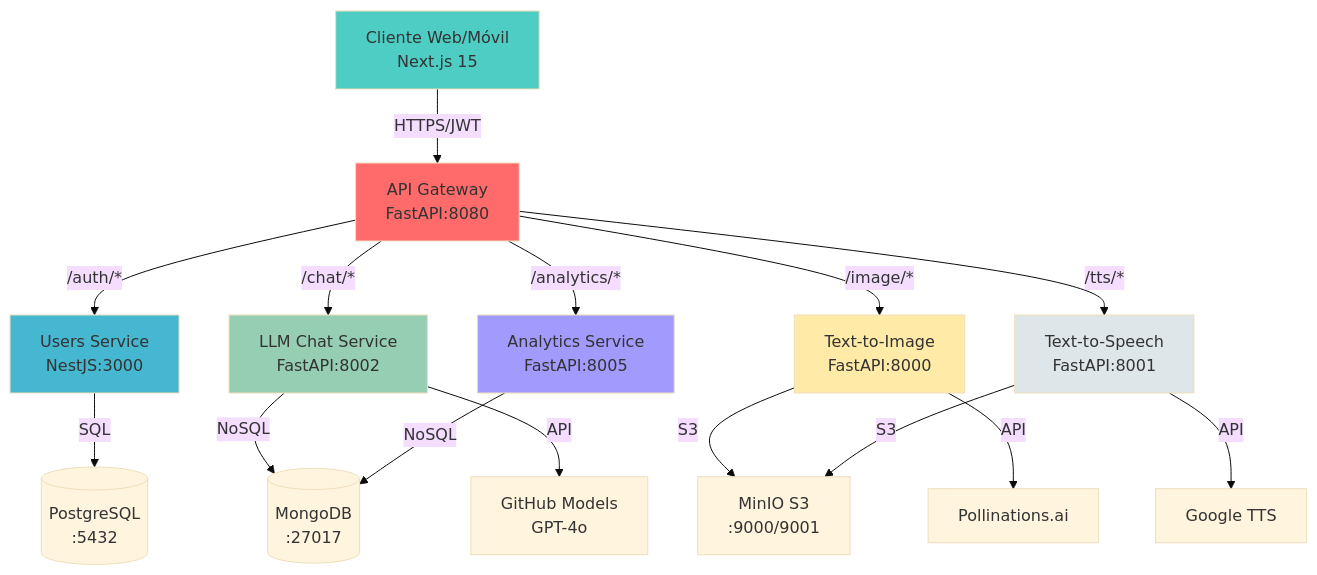
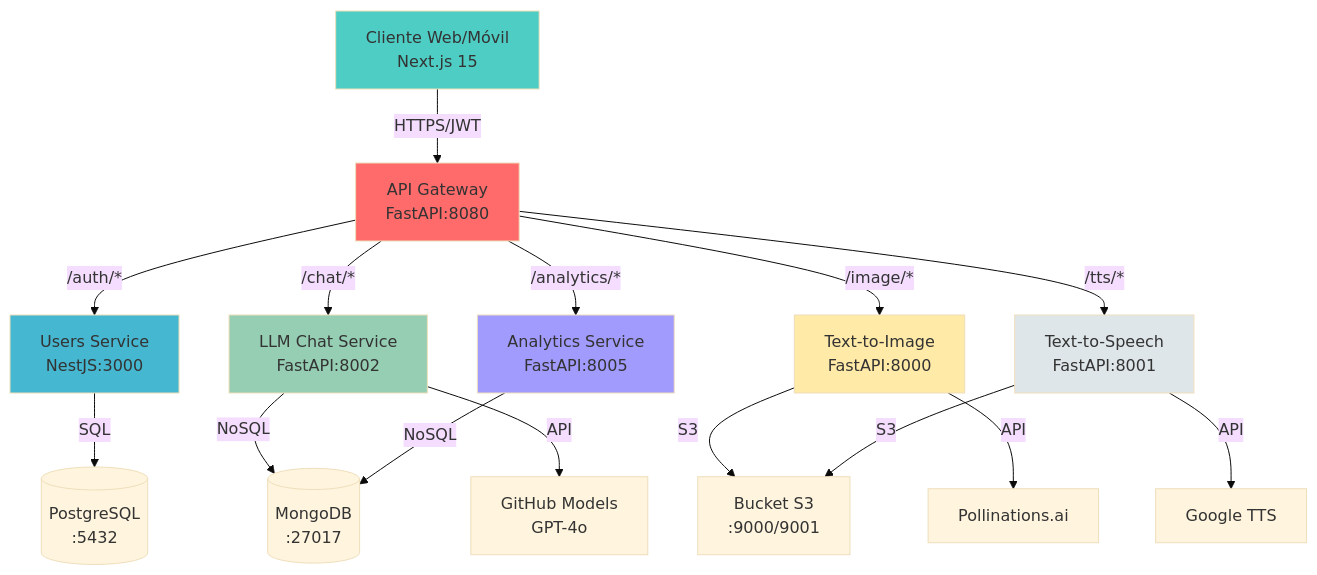
Before and after one commit to marcosotomac/proyecto-cloud: the diagram in README.md, drawn with Mermaid (base theme).

Commit message:
Update S3 references in README.md

````diff
--- a/README.md
+++ b/README.md
@@ -49,32 +49,32 @@
 ```mermaid
 graph TB
     Client[Cliente Web/Móvil<br/>Next.js 15]
     Gateway[API Gateway<br/>FastAPI:8080]
 
     Client -->|HTTPS/JWT| Gateway
 
     Gateway -->|/auth/*| Users[Users Service<br/>NestJS:3000]
     Gateway -->|/chat/*| LLM[LLM Chat Service<br/>FastAPI:8002]
     Gateway -->|/image/*| Image[Text-to-Image<br/>FastAPI:8000]
     Gateway -->|/tts/*| Speech[Text-to-Speech<br/>FastAPI:8001]
     Gateway -->|/analytics/*| Analytics[Analytics Service<br/>FastAPI:8005]
 
     Users -->|SQL| PG[(PostgreSQL<br/>:5432)]
     LLM -->|NoSQL| Mongo[(MongoDB<br/>:27017)]
     Analytics -->|NoSQL| Mongo
 
-    Image -->|S3| MinIO[MinIO S3<br/>:9000/9001]
-    Speech -->|S3| MinIO
+    Image -->|S3| Bucket[Bucket S3<br/>:9000/9001]
+    Speech -->|S3| Bucket
 
     LLM -->|API| GitHub[GitHub Models<br/>GPT-4o]
     Image -->|API| Poll[Pollinations.ai]
     Speech -->|API| GTTS[Google TTS]
 
     style Gateway fill:#ff6b6b
     style Client fill:#4ecdc4
     style Users fill:#45b7d1
     style LLM fill:#96ceb4
     style Image fill:#ffeaa7
     style Speech fill:#dfe6e9
     style Analytics fill:#a29bfe
 ```
````
